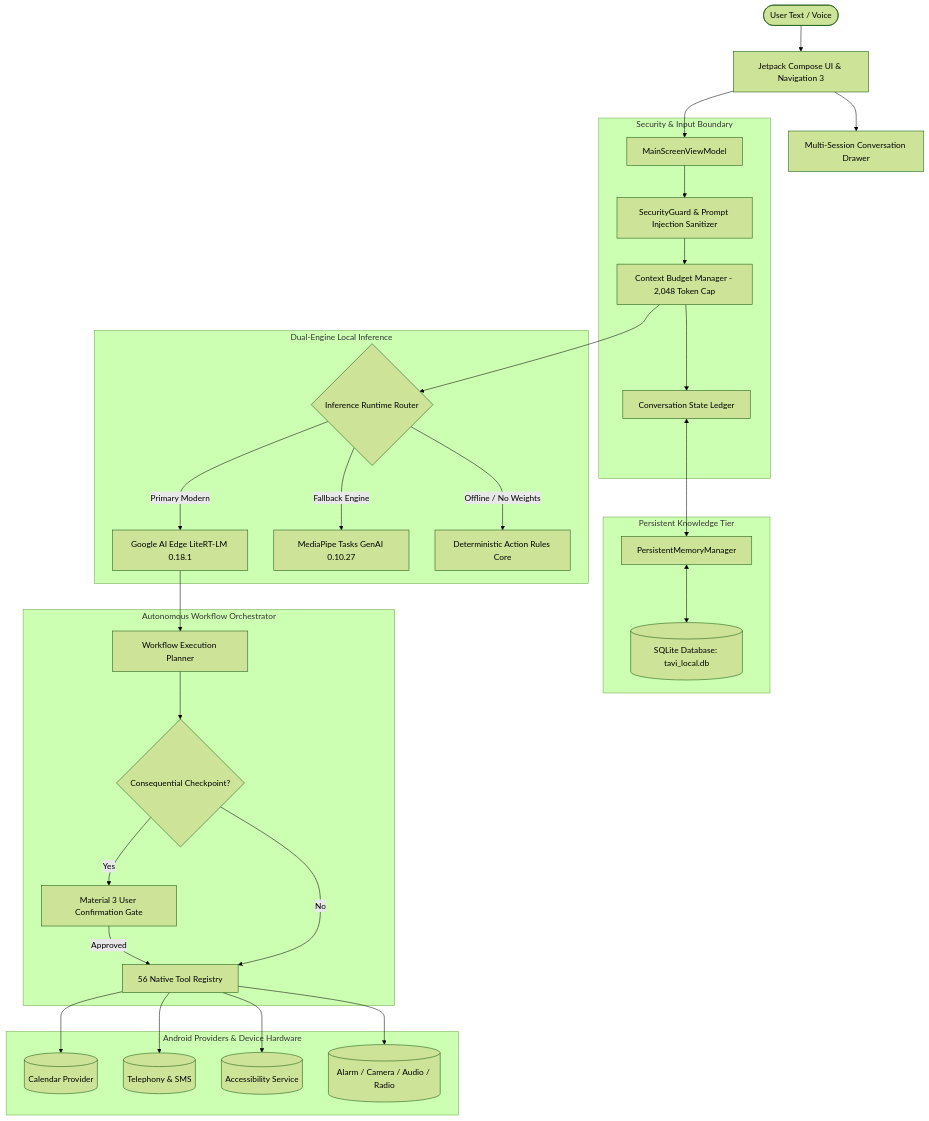
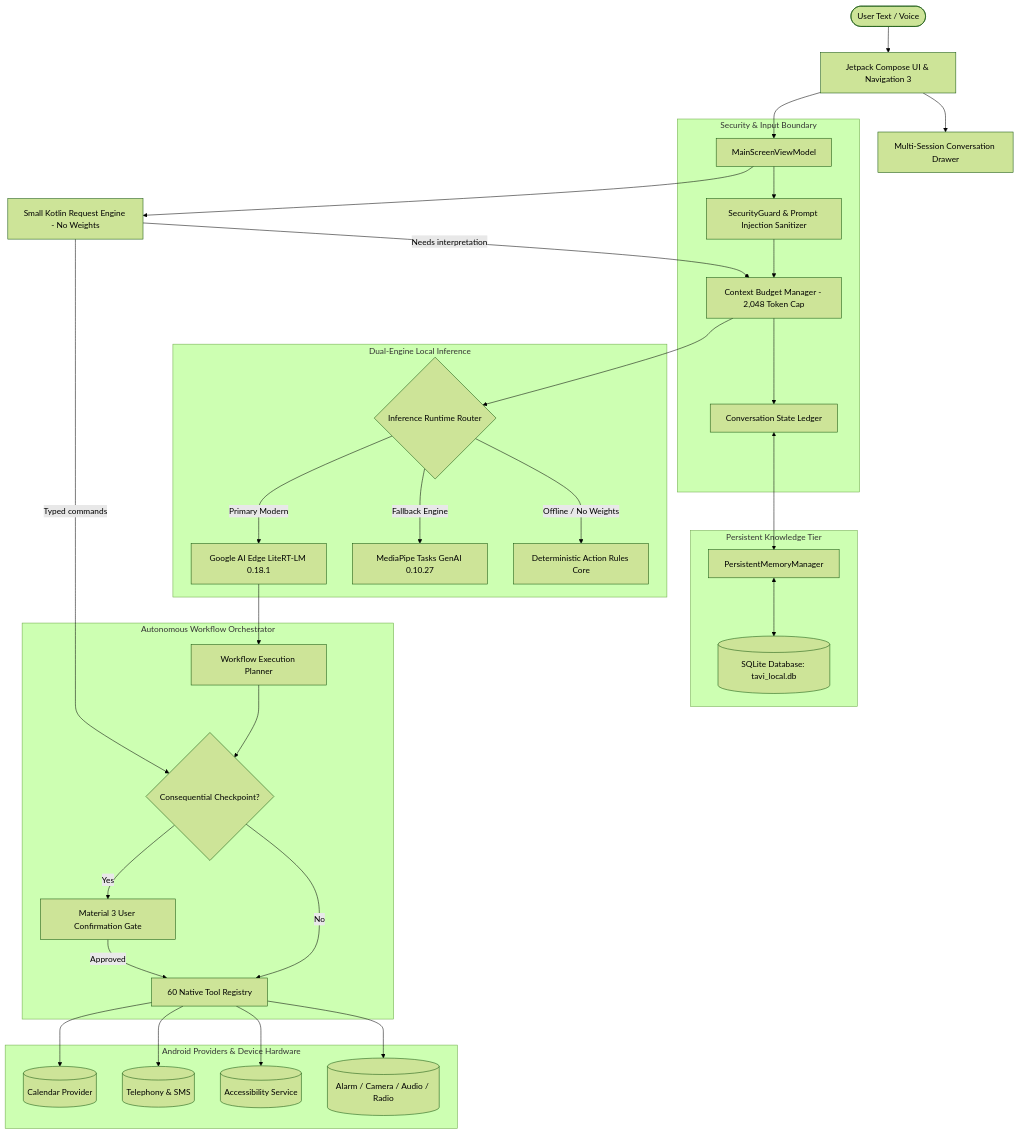
Before and after one commit to MosetiReagan/Tavi: the diagram in README.md, drawn with Mermaid (forest theme). The commit also changed other lines of this file and 9 other files, not shown here.

````diff
--- a/README.md
+++ b/README.md
@@ -93,39 +87,42 @@
 ```mermaid
 graph TD
     User([User Text / Voice]) --> UI[Jetpack Compose UI & Navigation 3]
     UI --> Drawer[Multi-Session Conversation Drawer]
     UI --> VM[MainScreenViewModel]
+    VM --> LocalRequests[Small Kotlin Request Engine - No Weights]
+    LocalRequests -->|Typed commands| Checkpoint
+    LocalRequests -->|Needs interpretation| Budget
     
     subgraph Safety [Security & Input Boundary]
         VM --> SG[SecurityGuard & Prompt Injection Sanitizer]
         SG --> Budget[Context Budget Manager - 2,048 Token Cap]
         Budget --> Ledger[Conversation State Ledger]
     end
 
     subgraph Memory [Persistent Knowledge Tier]
         Ledger <--> PMM[PersistentMemoryManager]
         PMM <--> DB[(SQLite Database: tavi_local.db)]
     end
 
     subgraph Engine [Dual-Engine Local Inference]
         Budget --> EngineRouter{Inference Runtime Router}
         EngineRouter -->|Primary Modern| LiteRT[Google AI Edge LiteRT-LM 0.18.1]
         EngineRouter -->|Fallback Engine| MP[MediaPipe Tasks GenAI 0.10.27]
         EngineRouter -->|Offline / No Weights| Det[Deterministic Action Rules Core]
     end
 
     subgraph Orchestration [Autonomous Workflow Orchestrator]
         LiteRT --> Planner[Workflow Execution Planner]
         Planner --> Checkpoint{Consequential Checkpoint?}
         Checkpoint -->|Yes| Dialog[Material 3 User Confirmation Gate]
-        Dialog -->|Approved| Registry[56 Native Tool Registry]
+        Dialog -->|Approved| Registry[60 Native Tool Registry]
         Checkpoint -->|No| Registry
     end
 
     subgraph Hardware [Android Providers & Device Hardware]
         Registry --> Cal[(Calendar Provider)]
         Registry --> Tel[(Telephony & SMS)]
         Registry --> Acc[(Accessibility Service)]
         Registry --> Sys[(Alarm / Camera / Audio / Radio)]
     end
 ```
````
